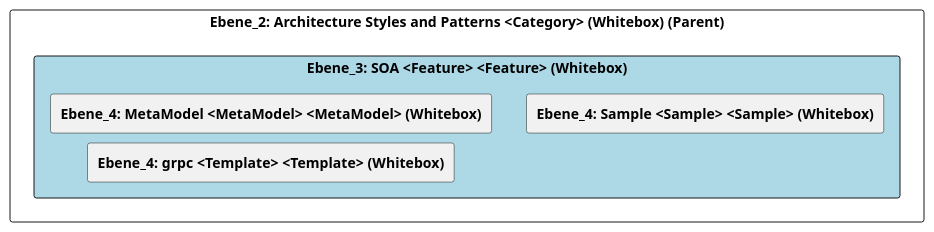
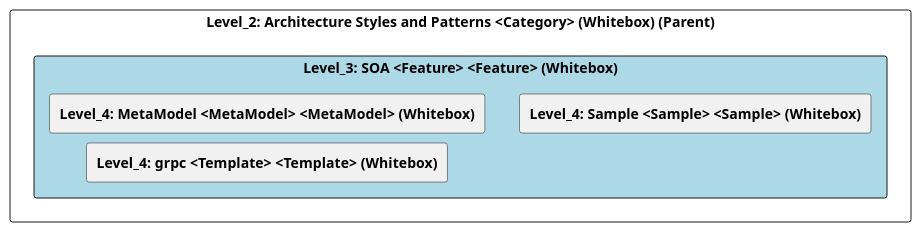
The diagram in doc/cleonproject_deliverables_architecture_model_architecture/adoc/de/05_bausteinsicht/cleon/architecture_styles_and_patterns/soa/ebene_3_soa.adoc (marcozwyssig/cleon), drawn with PlantUML before and after one commit. The commit also changed other lines of this file and 83 other files, not shown here.

```diff
--- a/doc/cleonproject_deliverables_architecture_model_architecture/adoc/de/05_bausteinsicht/cleon/architecture_styles_and_patterns/soa/ebene_3_soa.adoc
+++ b/doc/cleonproject_deliverables_architecture_model_architecture/adoc/de/05_bausteinsicht/cleon/architecture_styles_and_patterns/soa/ebene_3_soa.adoc
@@ -20,26 +20,26 @@
-[plantuml, Ebene_3: SOA <Feature> <Feature> (Whitebox)BlockOverview, format="svg"]
+[plantuml, Level_3: SOA <Feature> <Feature> (Whitebox)BlockOverview, format="svg"]
 ----
-@startuml Ebene_3: SOA <Feature> <Feature> (Whitebox)BuildingBlockOverview
+@startuml Level_3: SOA <Feature> <Feature> (Whitebox)BuildingBlockOverview
 
 skinparam ranksep 10
 skinparam componentStyle rectangle
 skinparam shadowing false
 skinparam arrowColor lightblue
 skinparam arrowThickness 1.2
 skinparam rectangle {
   BackgroundColor White
   BorderColor #333
   RoundCorner 10
 }
 top to bottom direction
 
-component "Ebene_2: Architecture Styles and Patterns <Category> (Whitebox) (Parent)" {
-    component "Ebene_3: SOA <Feature> <Feature> (Whitebox)" #lightblue {
-        [**Ebene_4: MetaModel <MetaModel> <MetaModel> (Whitebox)**] as 4A56DE44_D579_11EE_903E_9F564E4DE07E
-        [**Ebene_4: Sample <Sample> <Sample> (Whitebox)**] as 1DD2DAA6_0414_11F0_B041_CF872C9C3703
-        [**Ebene_4: grpc <Template> <Template> (Whitebox)**] as 3C7BAB04_0414_11F0_B041_CF872C9C3703
+component "Level_2: Architecture Styles and Patterns <Category> (Whitebox) (Parent)" {
+    component "Level_3: SOA <Feature> <Feature> (Whitebox)" #lightblue {
+        [**Level_4: MetaModel <MetaModel> <MetaModel> (Whitebox)**] as 4A56DE44_D579_11EE_903E_9F564E4DE07E
+        [**Level_4: Sample <Sample> <Sample> (Whitebox)**] as 1DD2DAA6_0414_11F0_B041_CF872C9C3703
+        [**Level_4: grpc <Template> <Template> (Whitebox)**] as 3C7BAB04_0414_11F0_B041_CF872C9C3703
     }
 }
 
 @enduml
 ----
```
